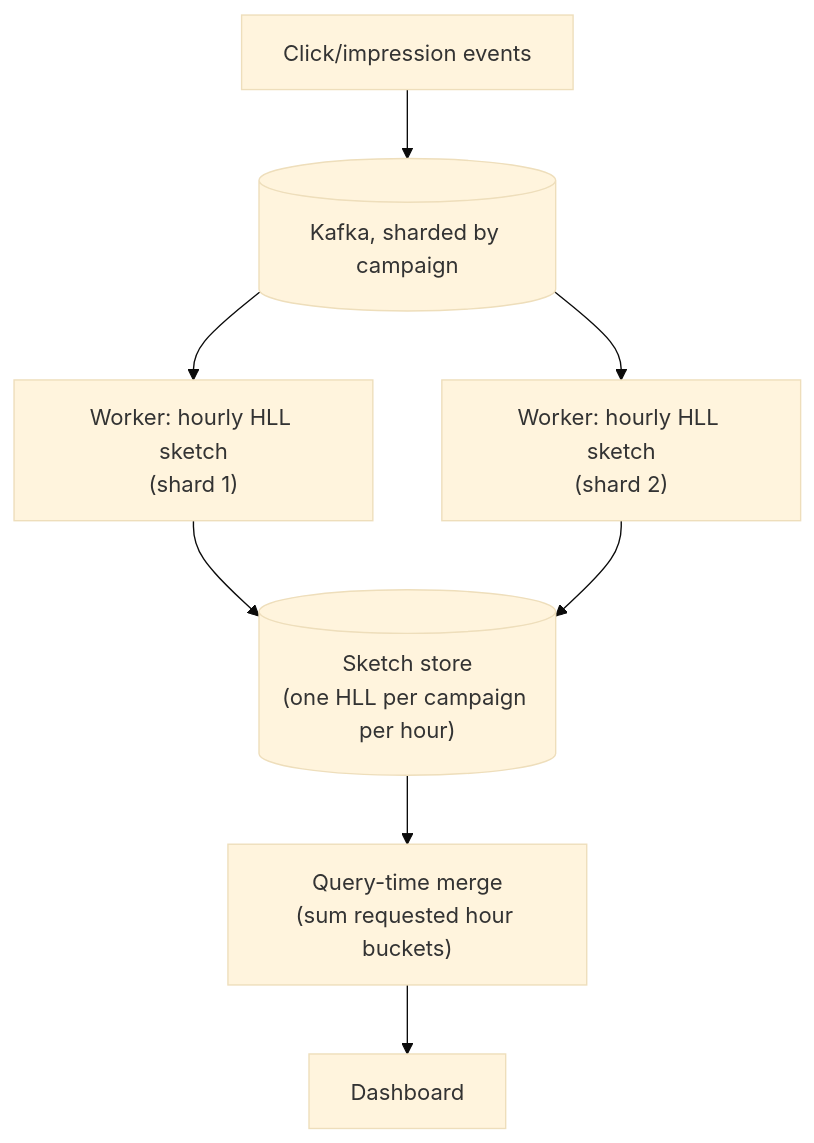
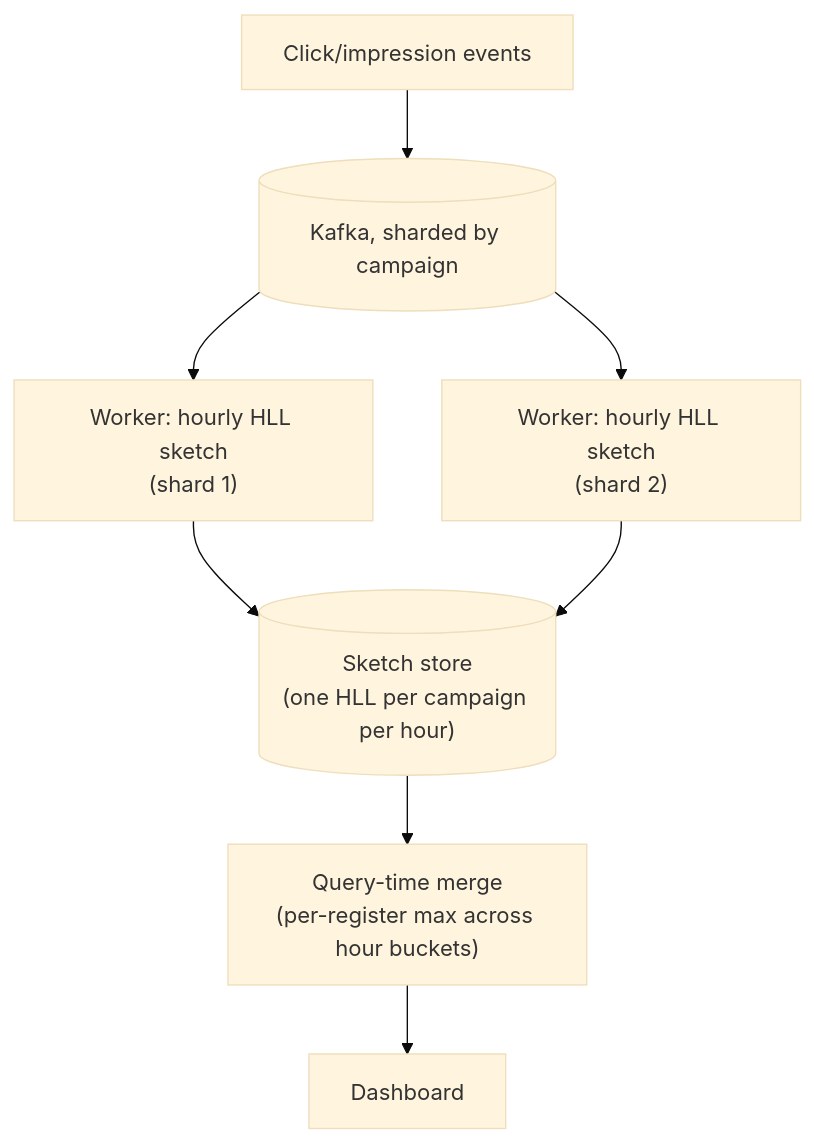
Before and after one commit to tarosh3/obsidian: the diagram in System Design/HLD/24 - Design an Analytics Aggregation System/Design an Analytics Aggregation System.md, drawn with Mermaid (base theme). The commit also changed other lines of this file and 30 other files, not shown here.

````diff
--- a/System Design/HLD/24 - Design an Analytics Aggregation System/Design an Analytics Aggregation System.md
+++ b/System Design/HLD/24 - Design an Analytics Aggregation System/Design an Analytics Aggregation System.md
@@ -58,10 +96,10 @@
 ```mermaid
 graph TD
     Events["Click/impression events"] --> Kafka[("Kafka, sharded by campaign")]
     Kafka --> W1["Worker: hourly HLL sketch<br/>(shard 1)"]
     Kafka --> W2["Worker: hourly HLL sketch<br/>(shard 2)"]
     W1 --> Store[("Sketch store<br/>(one HLL per campaign per hour)")]
     W2 --> Store
-    Store --> Merge["Query-time merge<br/>(sum requested hour buckets)"]
+    Store --> Merge["Query-time merge<br/>(per-register max across hour buckets)"]
     Merge --> Dashboard["Dashboard"]
 ```
````
